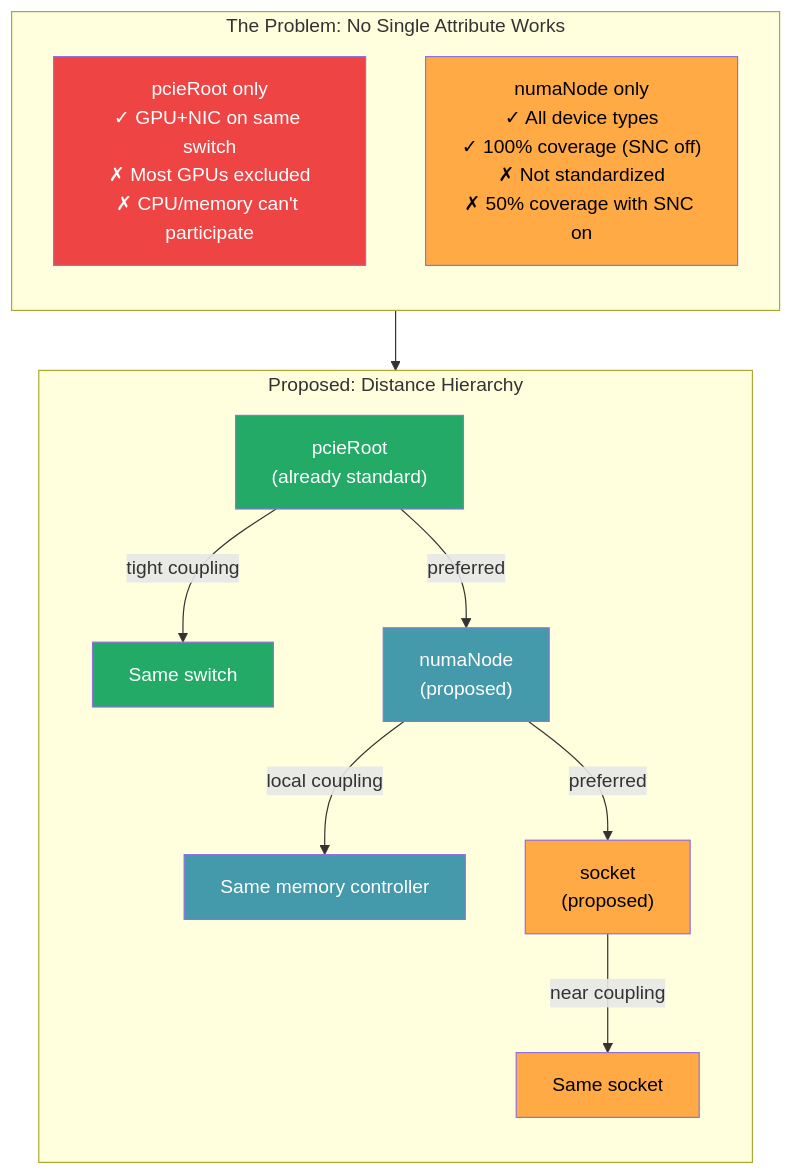
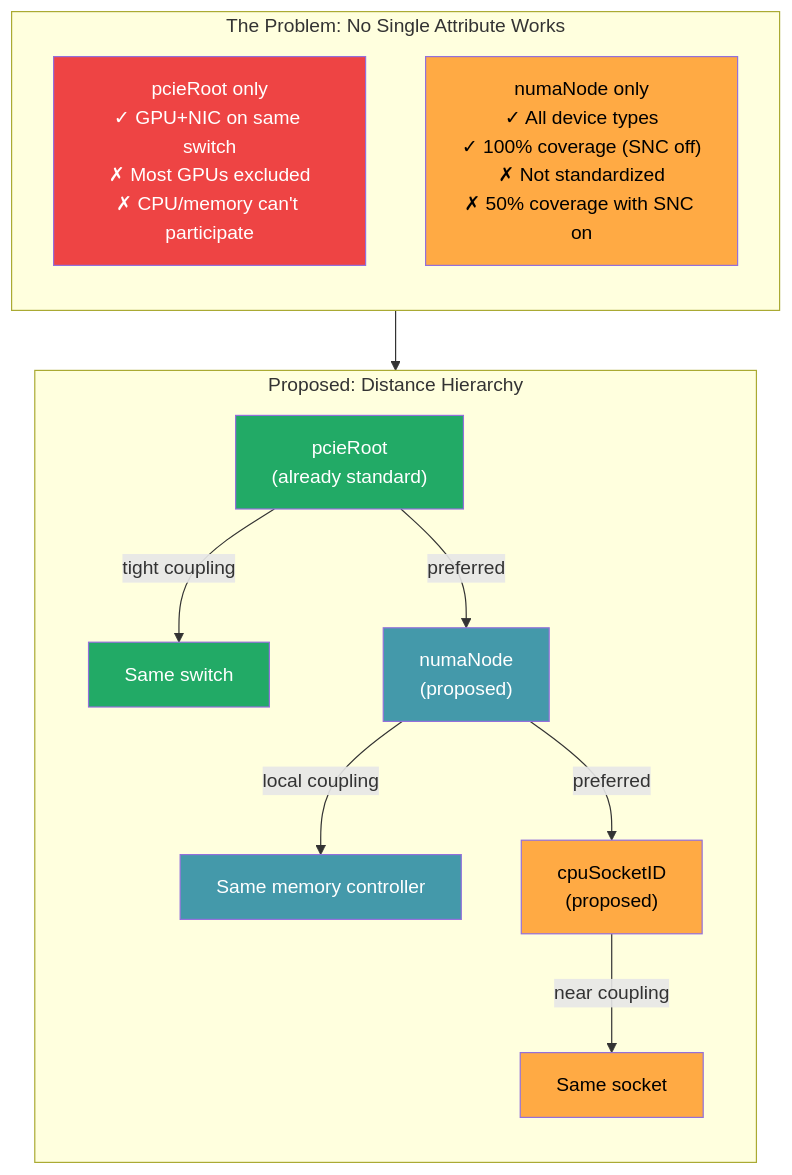
The diagram in docs/upstream-proposals/standardize-numanode-and-socket.md (johnahull/dra-topology-aware-co-placement), drawn with Mermaid before and after one commit. The commit also changed other lines of this file and 5 other files, not shown here.

First line of the commit message:
Rename socket attribute to cpuSocketID across all docs

````diff
--- a/docs/upstream-proposals/standardize-numanode-and-socket.md
+++ b/docs/upstream-proposals/standardize-numanode-and-socket.md
@@ -7,31 +7,31 @@
 ```mermaid
 graph TB
     subgraph PROBLEM["The Problem: No Single Attribute Works"]
         direction TB
         P1["pcieRoot only<br/>✓ GPU+NIC on same switch<br/>✗ Most GPUs excluded<br/>✗ CPU/memory can't participate"]
         P2["numaNode only<br/>✓ All device types<br/>✓ 100% coverage (SNC off)<br/>✗ Not standardized<br/>✗ 50% coverage with SNC on"]
     end
 
     subgraph SOLUTION["Proposed: Distance Hierarchy"]
         direction TB
         S1["pcieRoot<br/>(already standard)"]
         S2["numaNode<br/>(proposed)"]
-        S3["socket<br/>(proposed)"]
+        S3["cpuSocketID<br/>(proposed)"]
         S1 -->|"tight coupling"| T["Same switch"]
         S2 -->|"local coupling"| L["Same memory controller"]
         S3 -->|"near coupling"| N["Same socket"]
         S1 -->|"preferred"| S2
         S2 -->|"preferred"| S3
     end
 
     PROBLEM --> SOLUTION
 
     style P1 fill:#e44,color:#fff
     style P2 fill:#fa4,color:#000
     style T fill:#2a6,color:#fff
     style L fill:#49a,color:#fff
     style N fill:#fa4,color:#000
     style S1 fill:#2a6,color:#fff
     style S2 fill:#49a,color:#fff
     style S3 fill:#fa4,color:#000
 ```
````
